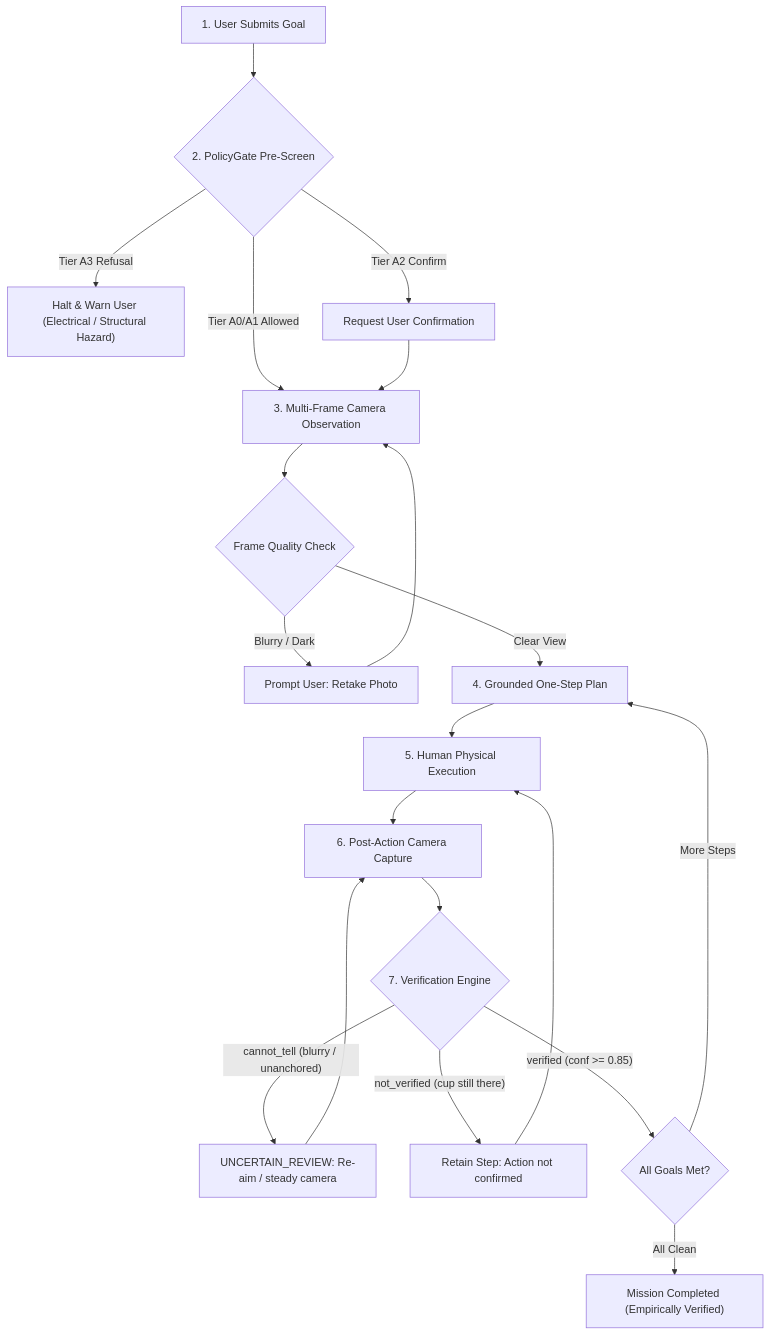
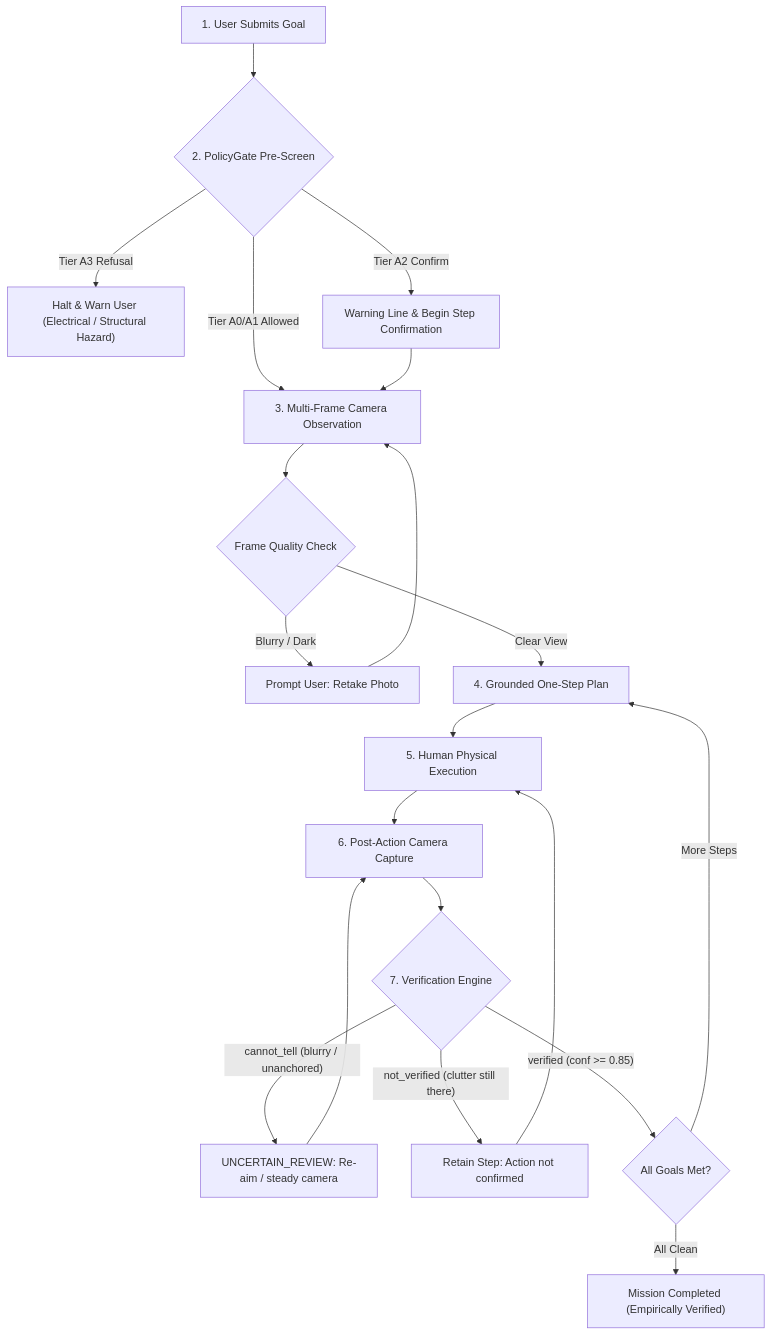
The diagram in README.md (ramnivasattanti2008-cloud/DESIGN-THINKING-), drawn with Mermaid before and after one commit. The commit also changed other lines of this file and 4 other files, not shown here.

````diff
--- a/README.md
+++ b/README.md
@@ -30,22 +28,22 @@
 ```mermaid
 flowchart TD
     A["1. User Submits Goal"] --> B{"2. PolicyGate Pre-Screen"}
     B -- Tier A3 Refusal --> R["Halt & Warn User (Electrical / Structural Hazard)"]
-    B -- Tier A2 Confirm --> C["Request User Confirmation"]
+    B -- Tier A2 Confirm --> C["Warning Line & Begin Step Confirmation"]
     B -- Tier A0/A1 Allowed --> D["3. Multi-Frame Camera Observation"]
     C --> D
     D --> E{"Frame Quality Check"}
     E -- Blurry / Dark --> F["Prompt User: Retake Photo"]
     F --> D
     E -- Clear View --> G["4. Grounded One-Step Plan"]
     G --> H["5. Human Physical Execution"]
     H --> I["6. Post-Action Camera Capture"]
     I --> J{"7. Verification Engine"}
     J -- "cannot_tell (blurry / unanchored)" --> K["UNCERTAIN_REVIEW: Re-aim / steady camera"]
-    J -- "not_verified (cup still there)" --> L["Retain Step: Action not confirmed"]
+    J -- "not_verified (clutter still there)" --> L["Retain Step: Action not confirmed"]
     J -- "verified (conf >= 0.85)" --> M{"All Goals Met?"}
     M -- More Steps --> G
     M -- All Clean --> N["Mission Completed (Empirically Verified)"]
     K --> I
     L --> H
 ```
````
